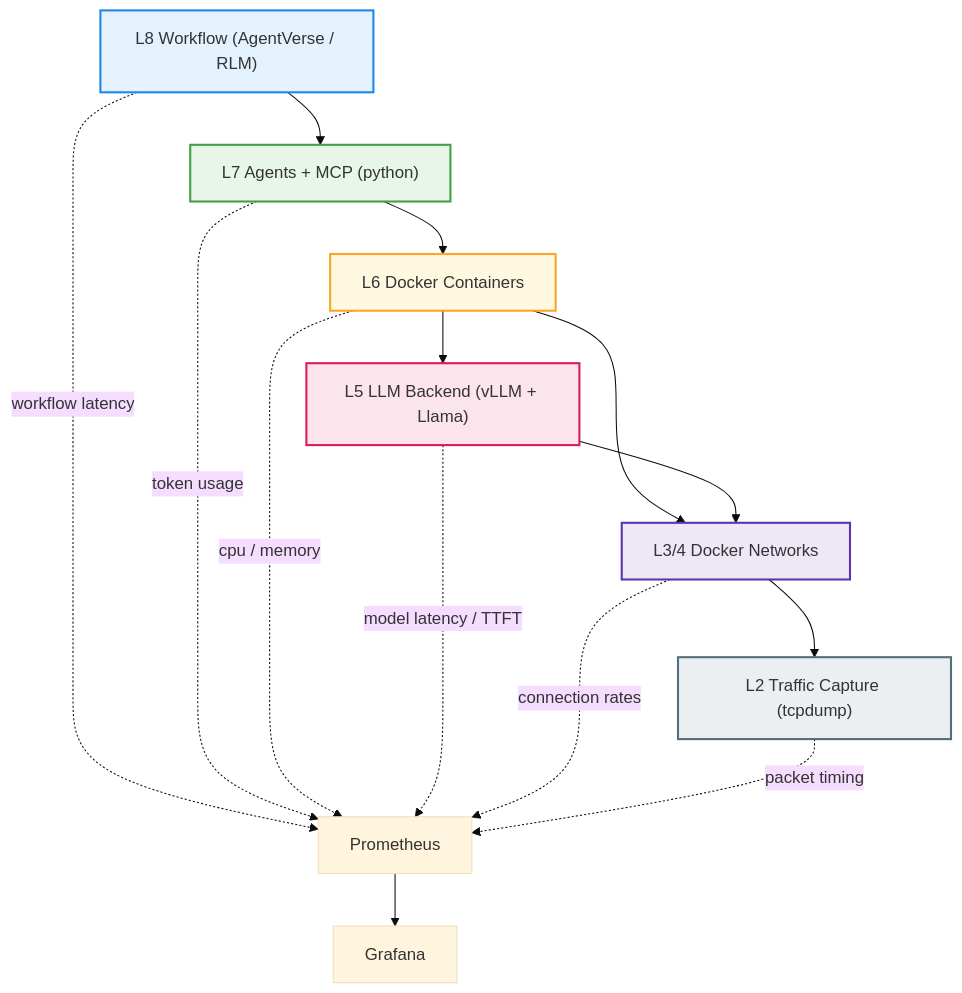
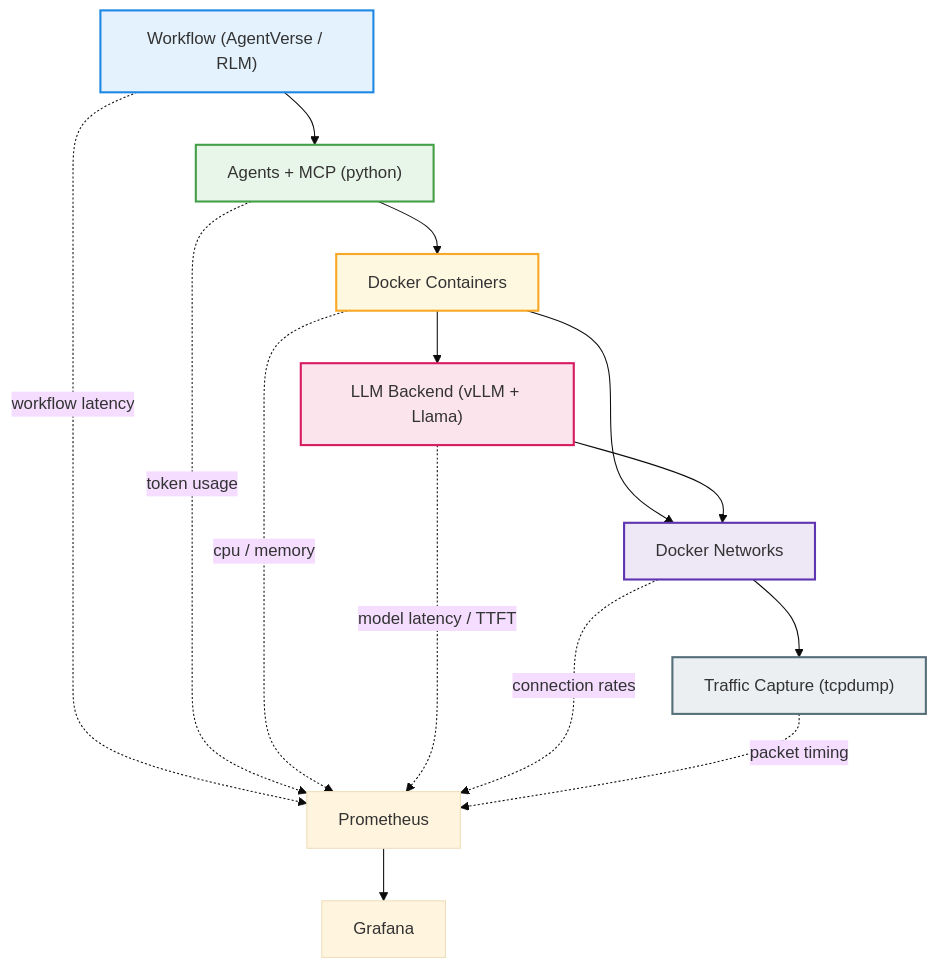
Before and after one commit to dlamagna/agentic-traffic-testing: the diagram in README.md, drawn with Mermaid (base theme). The commit also changed other lines of this file, not shown here.

Commit message:
updated documentation to remove OSI reference

````diff
--- a/README.md
+++ b/README.md
@@ -27,43 +27,43 @@
 ```mermaid
 flowchart TB
 
-%% LAYERS
-L8["L8 Workflow (AgentVerse / RLM)"]
-L7["L7 Agents + MCP (python)"]
-L6["L6 Docker Containers"]
-L5["L5 LLM Backend (vLLM + Llama)"]
-L34["L3/4 Docker Networks"]
-L2["L2 Traffic Capture (tcpdump)"]
+%% STACK
+WORKFLOW["Workflow (AgentVerse / RLM)"]
+AGENTS["Agents + MCP (python)"]
+CONTAINERS["Docker Containers"]
+LLM_BACKEND["LLM Backend (vLLM + Llama)"]
+NETWORK["Docker Networks"]
+CAPTURE["Traffic Capture (tcpdump)"]
 
 %% MAIN STACK
-L8 --> L7
-L7 --> L6
-L6 --> L5
-L34 --> L2
+WORKFLOW --> AGENTS
+AGENTS --> CONTAINERS
+CONTAINERS --> LLM_BACKEND
+NETWORK --> CAPTURE
 
 %% NETWORK PATHS
-L6 --> L34
-L5 --> L34
+CONTAINERS --> NETWORK
+LLM_BACKEND --> NETWORK
 
 %% MONITORING
 PROM["Prometheus"]
 GRAF["Grafana"]
 
 PROM --> GRAF
 
 %% METRICS
-L8 -. workflow latency .-> PROM
-L7 -. token usage .-> PROM
-L6 -. cpu / memory .-> PROM
-L5 -. model latency / TTFT .-> PROM
-L34 -. connection rates .-> PROM
-L2 -. packet timing .-> PROM
+WORKFLOW -. workflow latency .-> PROM
+AGENTS -. token usage .-> PROM
+CONTAINERS -. cpu / memory .-> PROM
+LLM_BACKEND -. model latency / TTFT .-> PROM
+NETWORK -. connection rates .-> PROM
+CAPTURE -. packet timing .-> PROM
 
 %% STYLING
-style L8 fill:#e3f2fd,stroke:#1e88e5,stroke-width:2px
-style L7 fill:#e8f5e9,stroke:#43a047,stroke-width:2px
-style L6 fill:#fff8e1,stroke:#f9a825,stroke-width:2px
-style L5 fill:#fce4ec,stroke:#d81b60,stroke-width:2px
-style L34 fill:#ede7f6,stroke:#5e35b1,stroke-width:2px
-style L2 fill:#eceff1,stroke:#546e7a,stroke-width:2px
+style WORKFLOW fill:#e3f2fd,stroke:#1e88e5,stroke-width:2px
+style AGENTS fill:#e8f5e9,stroke:#43a047,stroke-width:2px
+style CONTAINERS fill:#fff8e1,stroke:#f9a825,stroke-width:2px
+style LLM_BACKEND fill:#fce4ec,stroke:#d81b60,stroke-width:2px
+style NETWORK fill:#ede7f6,stroke:#5e35b1,stroke-width:2px
+style CAPTURE fill:#eceff1,stroke:#546e7a,stroke-width:2px
 ```
````
